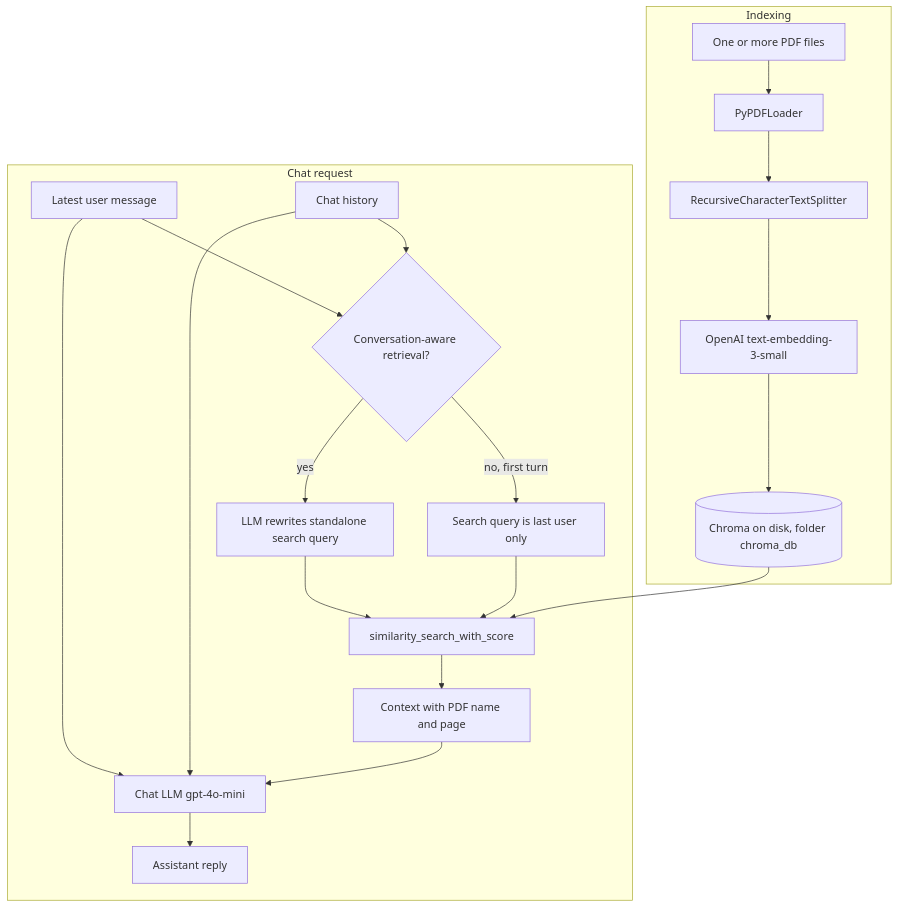
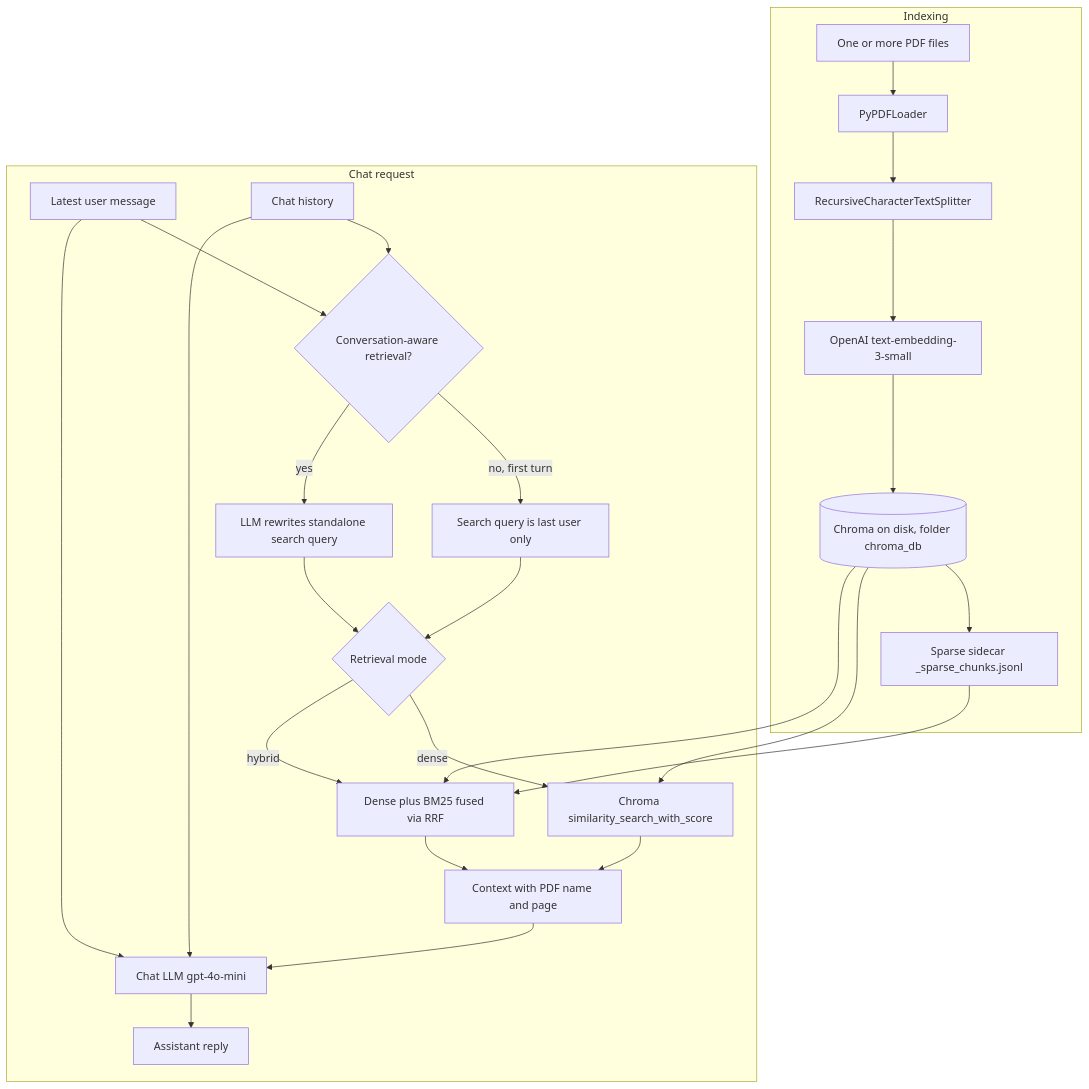
One commit to yanblu/Innie-Prep-Rag changed the diagram in README.md. Above: the diagram before and after it, drawn with Mermaid. The commit also changed other lines of this file, not shown here.

First line of the commit message:
Update README to reflect hybrid retrieval capabilities and enhancements

````diff
--- a/README.md
+++ b/README.md
@@ -67,31 +86,38 @@
 ```mermaid
 flowchart TB
   subgraph index["Indexing"]
     PDF["One or more PDF files"]
     L["PyPDFLoader"]
     S["RecursiveCharacterTextSplitter"]
     E["OpenAI text-embedding-3-small"]
     DB[("Chroma on disk, folder chroma_db")]
+    SPARSE["Sparse sidecar _sparse_chunks.jsonl"]
     PDF --> L --> S --> E --> DB
+    DB --> SPARSE
   end
 
   subgraph chat["Chat request"]
     U["Latest user message"]
     H["Chat history"]
     R{"Conversation-aware retrieval?"}
     Q1["Search query is last user only"]
     Q2["LLM rewrites standalone search query"]
     R -->|no, first turn| Q1
     R -->|yes| Q2
     H --> R
     U --> R
-    Q1 --> SR["similarity_search_with_score"]
-    Q2 --> SR
+    Q1 --> M{"Retrieval mode"}
+    Q2 --> M
+    M -->|dense| SR["Chroma similarity_search_with_score"]
+    M -->|hybrid| HY["Dense plus BM25 fused via RRF"]
     DB --> SR
+    DB --> HY
+    SPARSE --> HY
     SR --> C["Context with PDF name and page"]
+    HY --> C
     C --> A["Chat LLM gpt-4o-mini"]
     U --> A
     H --> A
     A --> Out["Assistant reply"]
   end
 ```
````
